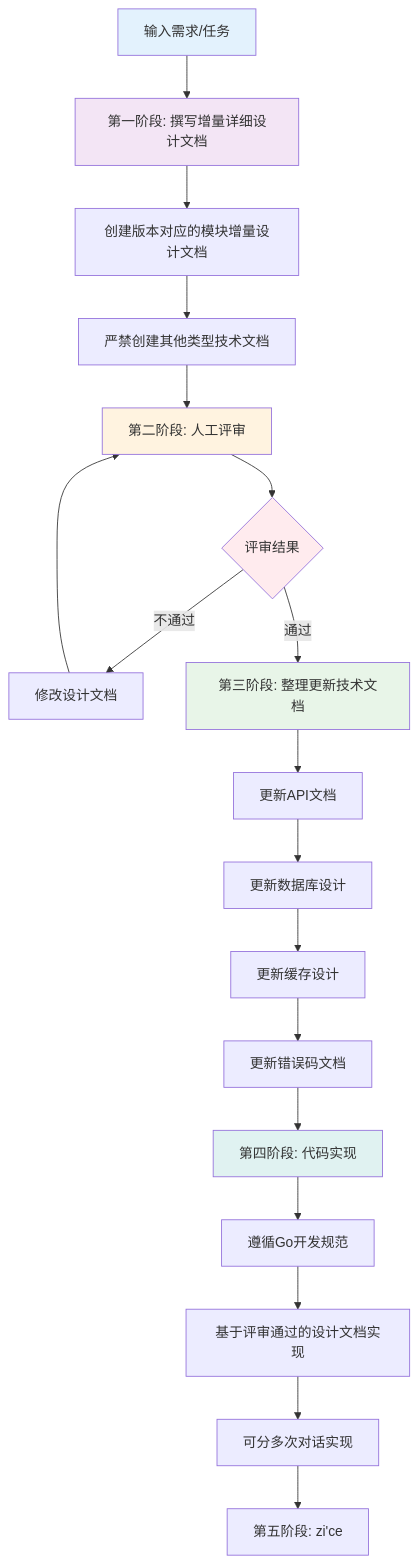
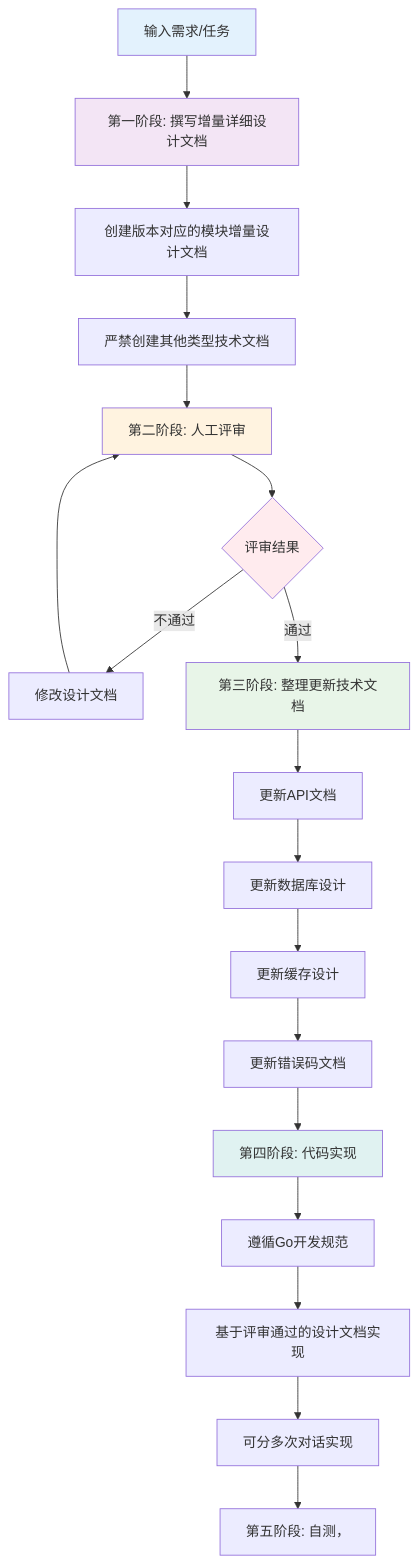
The diagram in all/未命名-1.md (yingjianzh/iodraw-files), drawn with Mermaid before and after one commit.

Commit message:
2025-10-22 17:38:18 update

````diff
--- a/all/未命名-1.md
+++ b/all/未命名-1.md
@@ -1,29 +1,29 @@
 ```mermaid
 
 flowchart TD
     A[输入需求/任务] --> B[第一阶段: 撰写增量详细设计文档]
     B --> C[创建版本对应的模块增量设计文档]
     C --> D[严禁创建其他类型技术文档]
     D --> E[第二阶段: 人工评审]
     E --> F{评审结果}
     F -->|不通过| G[修改设计文档]
     G --> E
     F -->|通过| H[第三阶段: 整理更新技术文档]
     H --> I[更新API文档]
     I --> J[更新数据库设计]
     J --> K[更新缓存设计]
     K --> L[更新错误码文档]
     L --> M[第四阶段: 代码实现]
     M --> N[遵循Go开发规范]
     N --> O[基于评审通过的设计文档实现]
     O --> P[可分多次对话实现]
-    P --> R[第五阶段: zi'ce]
+    P --> R[第五阶段: 自测，]
     
     style A fill:#e3f2fd
     style B fill:#f3e5f5
     style E fill:#fff3e0
     style F fill:#ffebee
     style H fill:#e8f5e8
     style M fill:#e0f2f1
 
 ```
````
